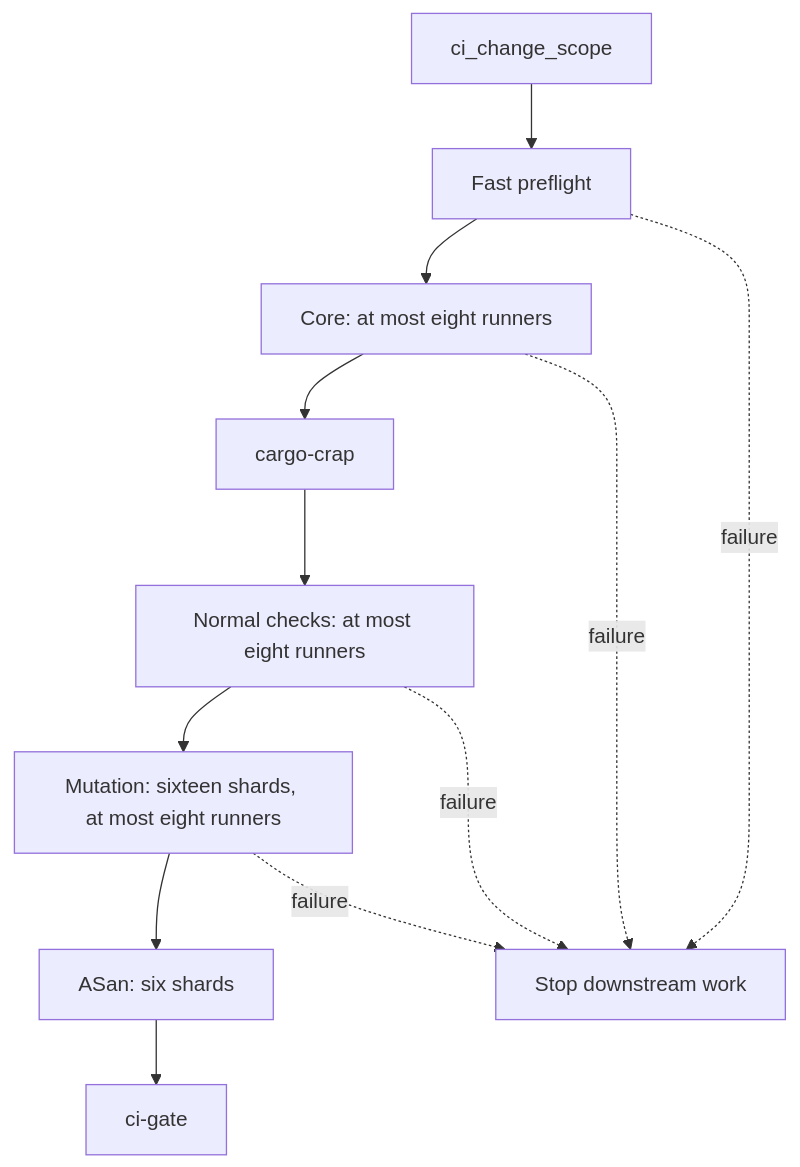
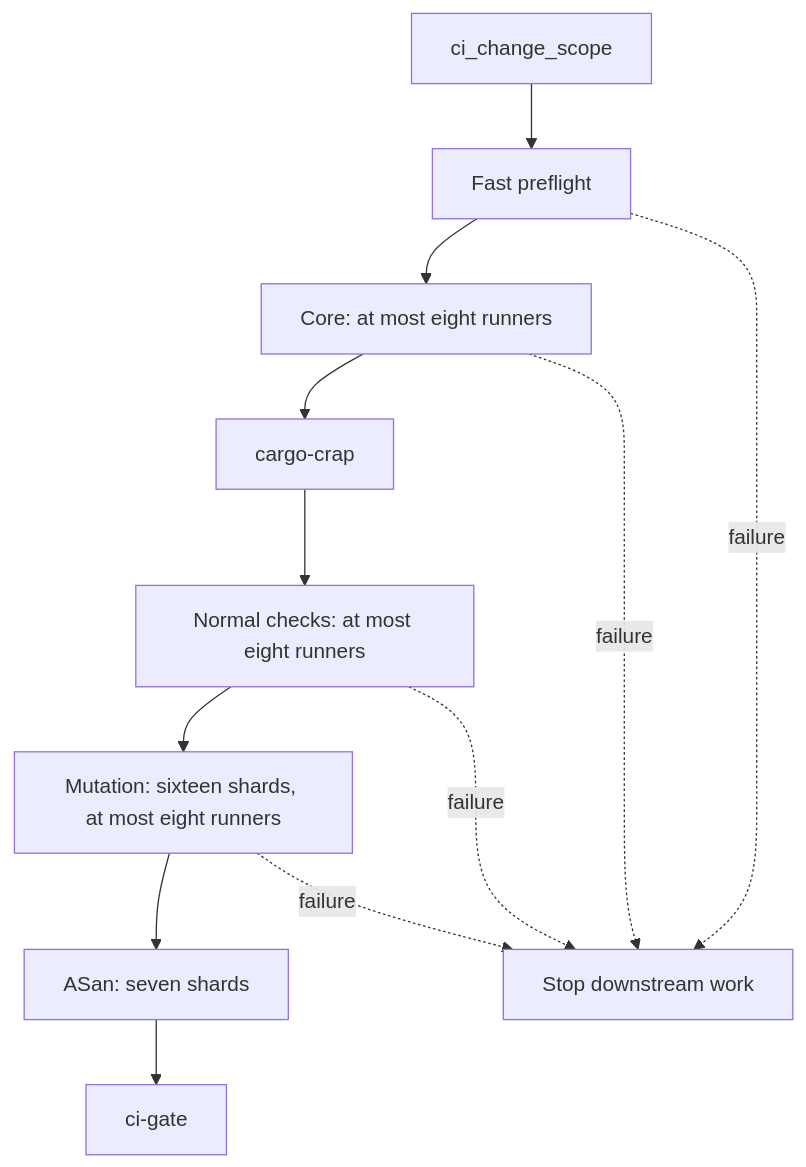
The fourth of 14 diagrams in CONTRIBUTING.md (arceushui/pigloros), drawn with Mermaid before and after one commit. The commit also changed other lines of this file and 6 other files, not shown here.

````diff
--- a/CONTRIBUTING.md
+++ b/CONTRIBUTING.md
@@ -175,14 +175,14 @@
 ```mermaid
 flowchart TD
     S["ci_change_scope"] --> P["Fast preflight"]
     P --> C["Core: at most eight runners"]
     C --> R["cargo-crap"]
     R --> N["Normal checks: at most eight runners"]
     N --> M["Mutation: sixteen shards, at most eight runners"]
-    M --> A["ASan: six shards"]
+    M --> A["ASan: seven shards"]
     A --> G["ci-gate"]
     P -. "failure" .-> X["Stop downstream work"]
     C -. "failure" .-> X
     N -. "failure" .-> X
     M -. "failure" .-> X
 ```
````
